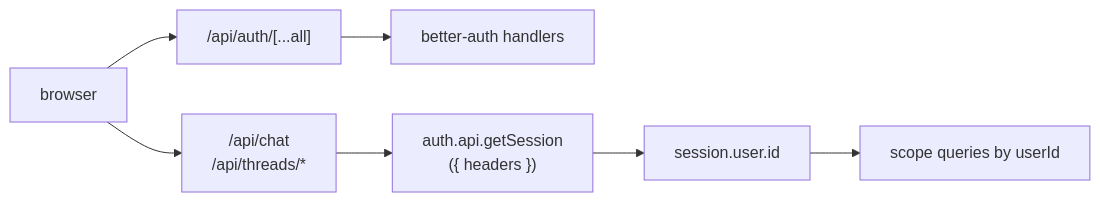
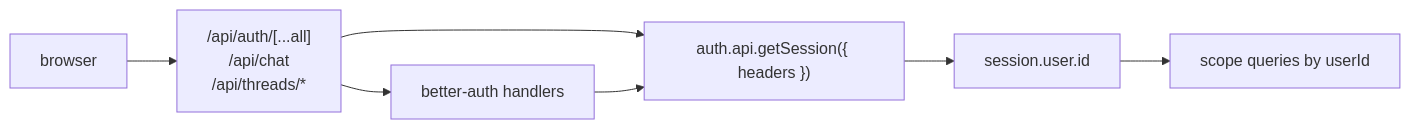
The diagram in apps/docs/content/docs/integrations/auth/better-auth.mdx (assistant-ui/assistant-ui), drawn with Mermaid before and after one commit. The commit also changed 11 other files, not shown here.

First line of the commit message:
fix(docs): correct mermaid integration diagrams

````diff
--- a/apps/docs/content/docs/integrations/auth/better-auth.mdx
+++ b/apps/docs/content/docs/integrations/auth/better-auth.mdx
@@ -12,5 +12,8 @@
 ```mermaid
 flowchart LR
-    browser["browser"] --> auth["/api/auth/[...all]"] --> handlers["better-auth handlers"]
-    browser --> routes["/api/chat<br/>/api/threads/*"] --> session["auth.api.getSession<br/>({ headers })"] --> uid["session.user.id"] --> scope["scope queries by userId"]
+    browser["browser"] --> routes["/api/auth/[...all]<br/>/api/chat<br/>/api/threads/*"]
+    routes --> handlers["better-auth handlers"]
+    routes --> session["auth.api.getSession({ headers })"]
+    handlers --> session
+    session --> uid["session.user.id"] --> scope["scope queries by userId"]
 ```
````
